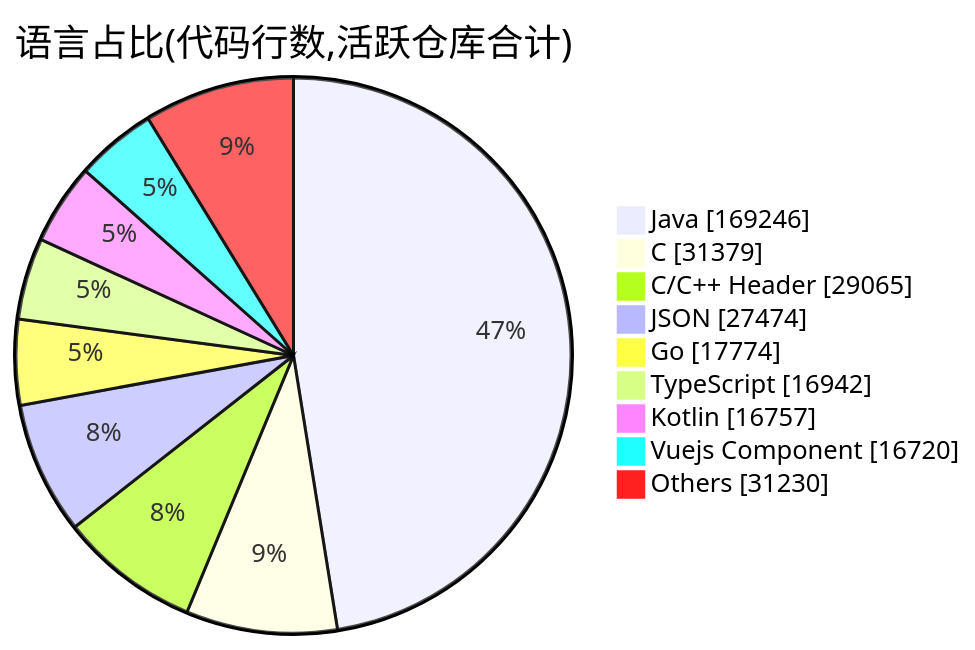
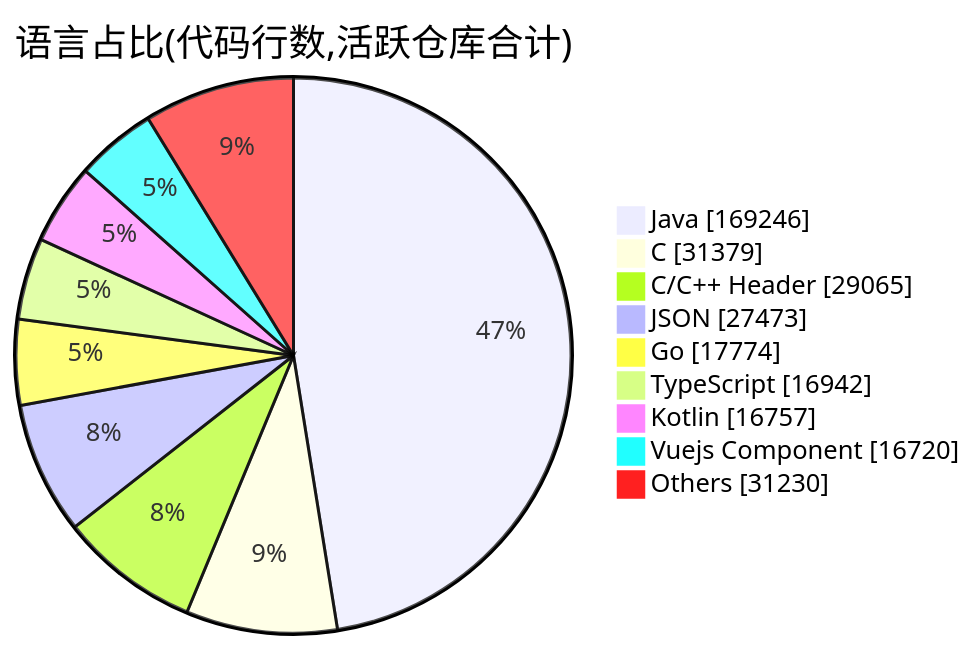
Before and after one commit to Conflux-Union/.github: the second of 2 diagrams in profile/README.md, drawn with Mermaid. The commit also changed other lines of this file and 1 other file, not shown here.

````diff
--- a/profile/README.md
+++ b/profile/README.md
@@ -78,13 +78,13 @@
 ```mermaid
 pie showData
     title 语言占比(代码行数,活跃仓库合计)
     "Java" : 169246
     "C" : 31379
     "C/C++ Header" : 29065
-    "JSON" : 27474
+    "JSON" : 27473
     "Go" : 17774
     "TypeScript" : 16942
     "Kotlin" : 16757
     "Vuejs Component" : 16720
     "Others" : 31230
 ```
````
